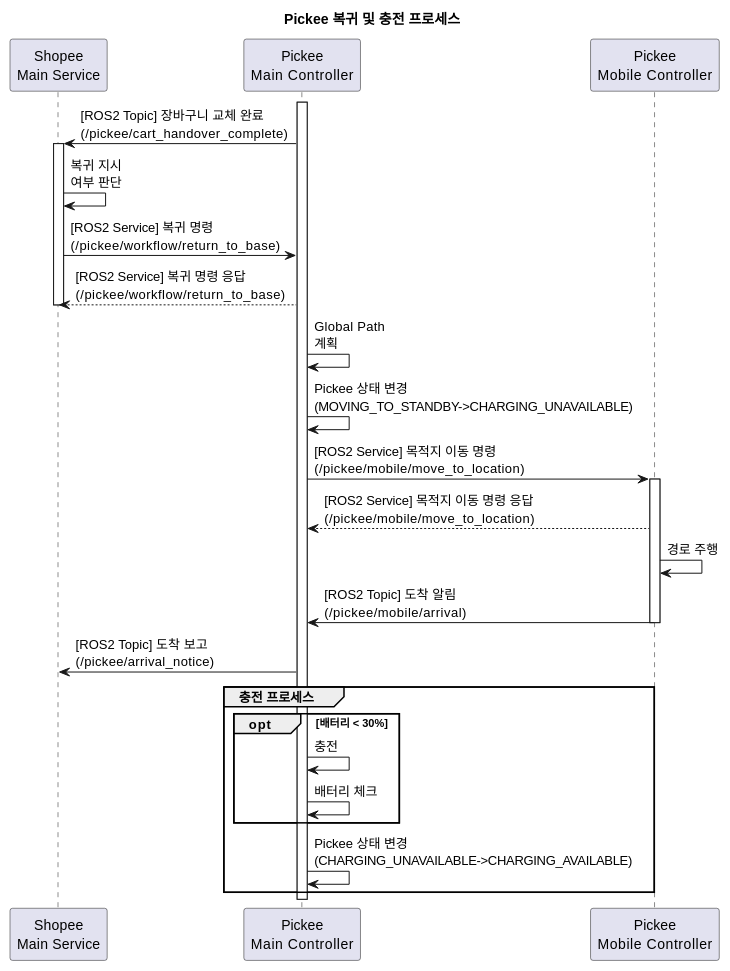
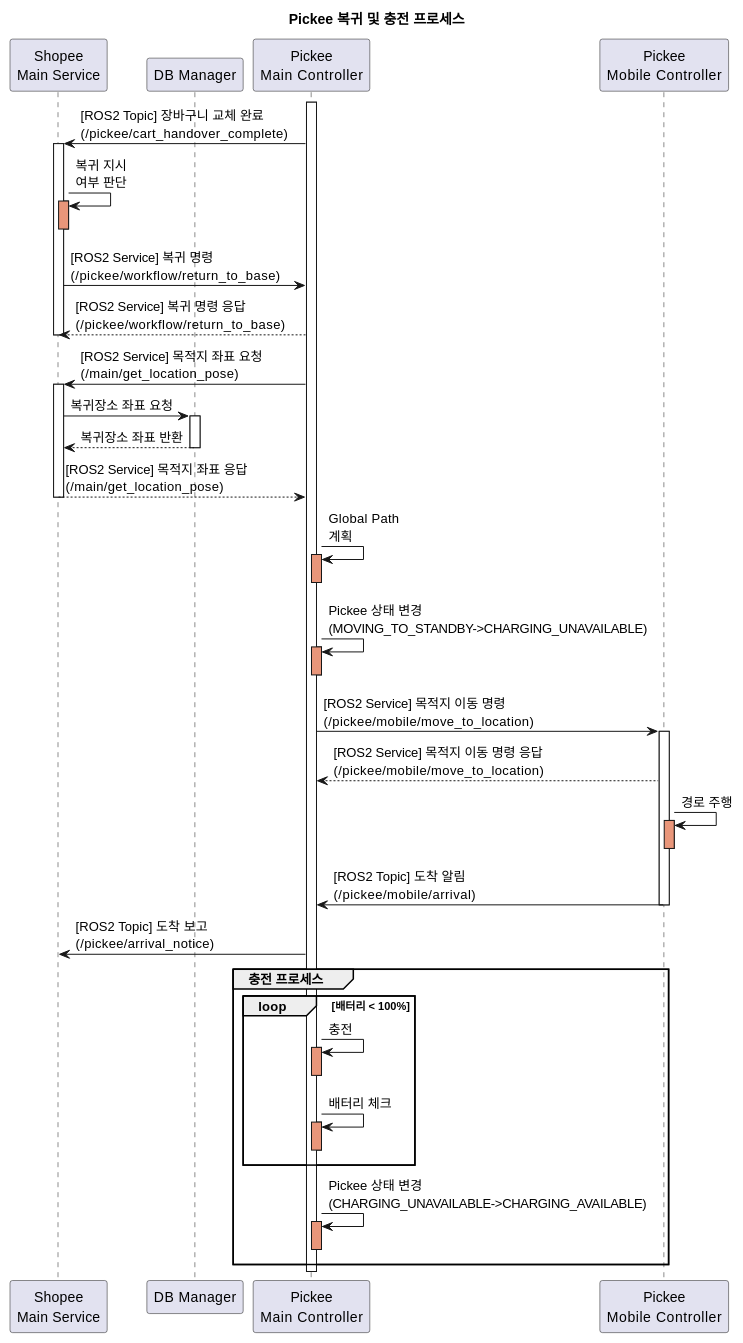
The diagram in docs/SequenceDiagram/SC_04.md (addinedu-roscamp-7th/roscamp-repo-1), drawn with PlantUML before and after one commit. The commit also changed 40 other files, not shown here.

```diff
--- a/docs/SequenceDiagram/SC_04.md
+++ b/docs/SequenceDiagram/SC_04.md
@@ -1,49 +1,73 @@
 @startuml
 title Pickee 복귀 및 충전 프로세스
 
 participant "Shopee\nMain Service" as main
+participant "DB Manager" as db
 participant "Pickee\nMain Controller" as pickee_main
 participant "Pickee\nMobile Controller" as pickee_mobile
 
 activate pickee_main
 
 pickee_main -> main: [ROS2 Topic] 장바구니 교체 완료\n(/pickee/cart_handover_complete)
 activate main
 
 main -> main: 복귀 지시\n여부 판단
+activate main #DarkSalmon
+deactivate main
 
 main -> pickee_main: [ROS2 Service] 복귀 명령\n(/pickee/workflow/return_to_base)
 
 pickee_main --> main: [ROS2 Service] 복귀 명령 응답\n(/pickee/workflow/return_to_base)
+deactivate main
 
+' Coordinate request sequence from new XML
+pickee_main -> main: [ROS2 Service] 목적지 좌표 요청\n(/main/get_location_pose)
+activate main
+main -> db: 복귀장소 좌표 요청
+activate db
+db --> main: 복귀장소 좌표 반환
+deactivate db
+main --> pickee_main: [ROS2 Service] 목적지 좌표 응답\n(/main/get_location_pose)
 deactivate main
 
 pickee_main -> pickee_main: Global Path\n계획
+activate pickee_main #DarkSalmon
+deactivate pickee_main
 
 pickee_main -> pickee_main: Pickee 상태 변경\n(MOVING_TO_STANDBY->CHARGING_UNAVAILABLE)
+activate pickee_main #DarkSalmon
+deactivate pickee_main
 
 pickee_main -> pickee_mobile: [ROS2 Service] 목적지 이동 명령\n(/pickee/mobile/move_to_location)
 activate pickee_mobile
 
 pickee_mobile --> pickee_main: [ROS2 Service] 목적지 이동 명령 응답\n(/pickee/mobile/move_to_location)
 
 pickee_mobile -> pickee_mobile: 경로 주행
+activate pickee_mobile #DarkSalmon
+deactivate pickee_mobile
 
 pickee_mobile -> pickee_main: [ROS2 Topic] 도착 알림\n(/pickee/mobile/arrival)
 deactivate pickee_mobile
 
 pickee_main -> main: [ROS2 Topic] 도착 보고\n(/pickee/arrival_notice)
 
 group 충전 프로세스
-    opt 배터리 < 30%
+    loop 배터리 < 100%
         pickee_main -> pickee_main: 충전
+        activate pickee_main #DarkSalmon
+        deactivate pickee_main
 
         pickee_main -> pickee_main: 배터리 체크
+        activate pickee_main #DarkSalmon
+        deactivate pickee_main
     end
 
     pickee_main -> pickee_main: Pickee 상태 변경\n(CHARGING_UNAVAILABLE->CHARGING_AVAILABLE)
+    activate pickee_main #DarkSalmon
+    deactivate pickee_main
 end
 
 deactivate pickee_main
 
 @enduml
```
